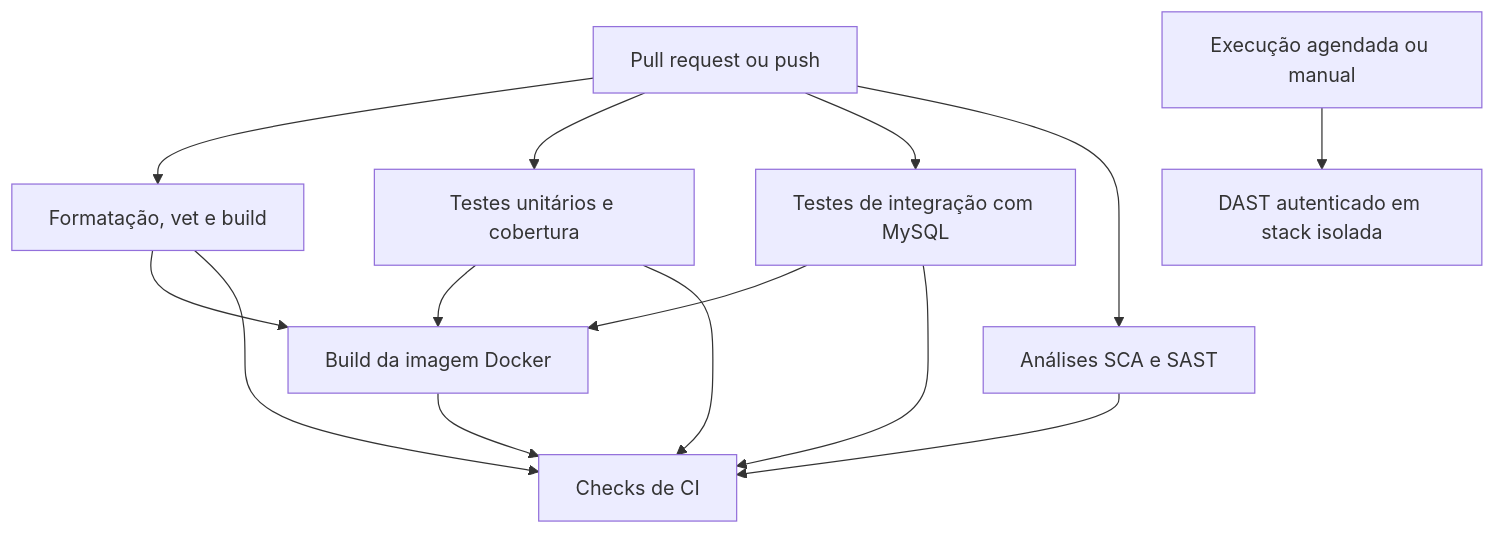
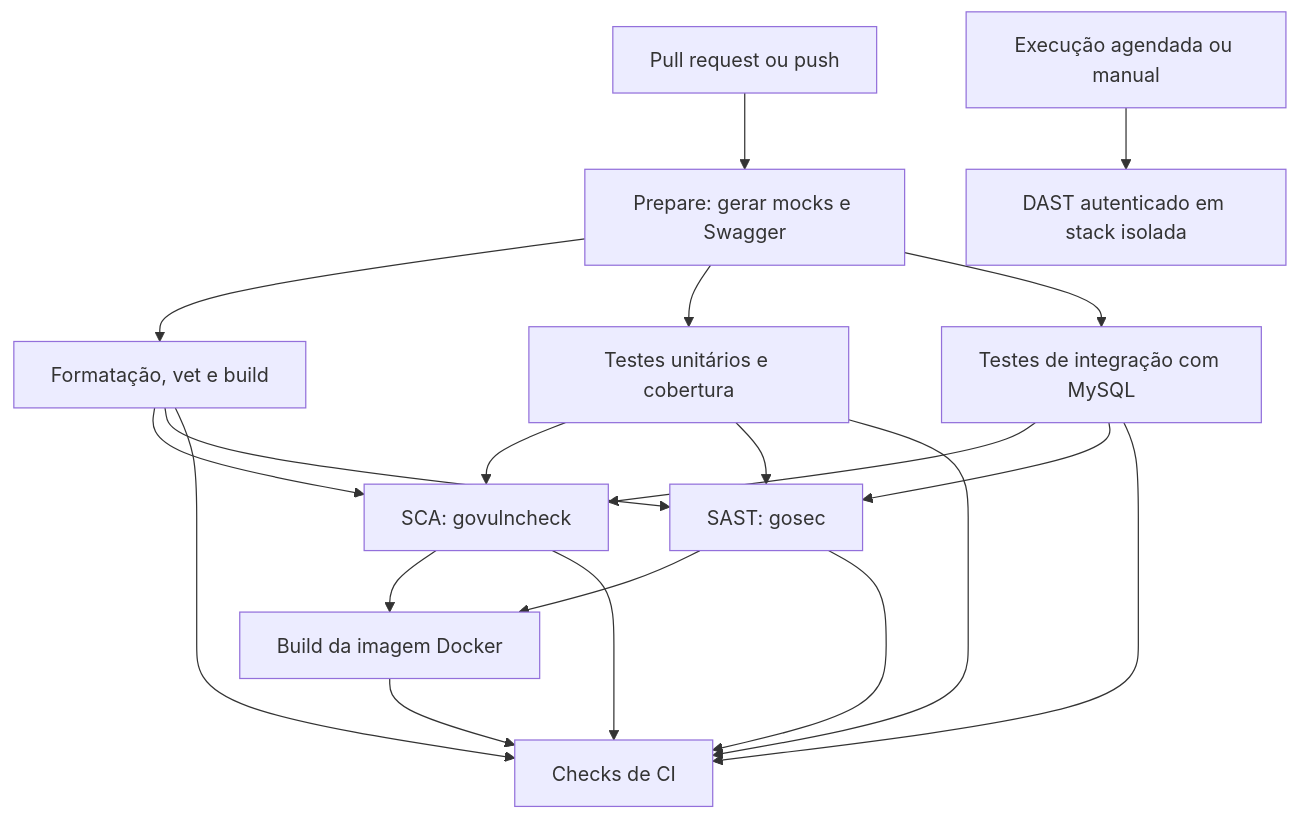
One commit to muriloperosa/soat-architecture changed the diagram in docs/CI_CD.md. Above: the diagram before and after it, drawn with Mermaid. The commit also changed other lines of this file and 1 other file, not shown here.

Commit message:
feat(ci): reorganizar pipeline para incluir geração de mocks e Swagger antes das validações

````diff
--- a/docs/CI_CD.md
+++ b/docs/CI_CD.md
@@ -17,16 +17,22 @@
 ```mermaid
 flowchart TD
-    PR[Pull request ou push] --> STATIC[Formatação, vet e build]
-    PR --> UNIT[Testes unitários e cobertura]
-    PR --> INTEGRATION[Testes de integração com MySQL]
-    PR --> SECURITY[Análises SCA e SAST]
-    STATIC --> IMAGE[Build da imagem Docker]
-    UNIT --> IMAGE
-    INTEGRATION --> IMAGE
+    PR[Pull request ou push] --> PREP[Prepare: gerar mocks e Swagger]
+    PREP --> STATIC[Formatação, vet e build]
+    PREP --> UNIT[Testes unitários e cobertura]
+    PREP --> INTEGRATION[Testes de integração com MySQL]
+    STATIC --> SCA[SCA: govulncheck]
+    UNIT --> SCA
+    INTEGRATION --> SCA
+    STATIC --> SAST[SAST: gosec]
+    UNIT --> SAST
+    INTEGRATION --> SAST
+    SCA --> IMAGE[Build da imagem Docker]
+    SAST --> IMAGE
     STATIC --> GATE[Checks de CI]
     UNIT --> GATE
     INTEGRATION --> GATE
+    SCA --> GATE
+    SAST --> GATE
     IMAGE --> GATE
-    SECURITY --> GATE
     MAIN[Execução agendada ou manual] --> DAST[DAST autenticado em stack isolada]
 ```
````
